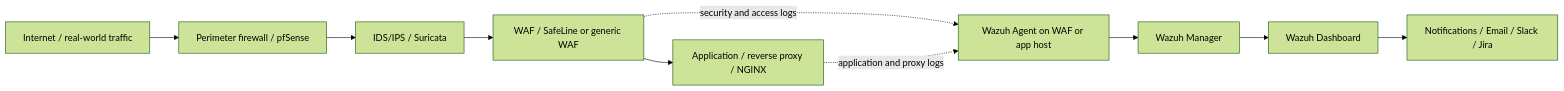
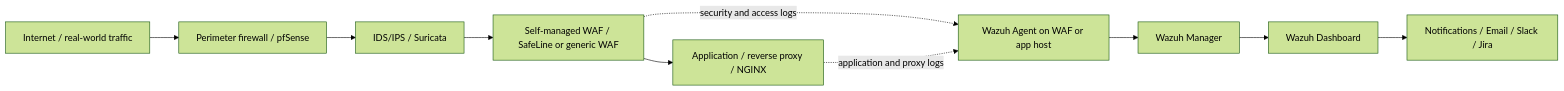
Before and after one commit to TheDivine/devsecops_multi_repo_architecture: the first of 2 diagrams in repo-templates/security-repo/wazuh/architecture.md, drawn with Mermaid (forest theme). The commit also changed other lines of this file and 66 other files, not shown here.

````diff
--- a/repo-templates/security-repo/wazuh/architecture.md
+++ b/repo-templates/security-repo/wazuh/architecture.md
@@ -9,13 +9,13 @@
 ```mermaid
 flowchart LR
     Internet["Internet / real-world traffic"] --> Firewall["Perimeter firewall / pfSense"]
     Firewall --> IDS["IDS/IPS / Suricata"]
-    IDS --> WAF["WAF / SafeLine or generic WAF"]
+    IDS --> WAF["Self-managed WAF / SafeLine or generic WAF"]
     WAF --> App["Application / reverse proxy / NGINX"]
 
     WAF -. "security and access logs" .-> Agent["Wazuh Agent on WAF or app host"]
     App -. "application and proxy logs" .-> Agent
     Agent --> Manager["Wazuh Manager"]
     Manager --> Dashboard["Wazuh Dashboard"]
     Dashboard --> Notify["Notifications / Email / Slack / Jira"]
 ```
````
